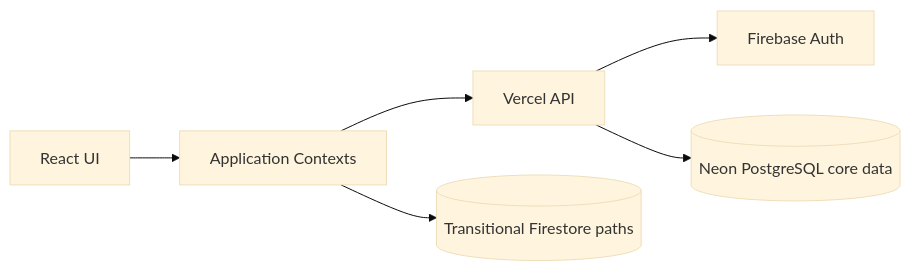
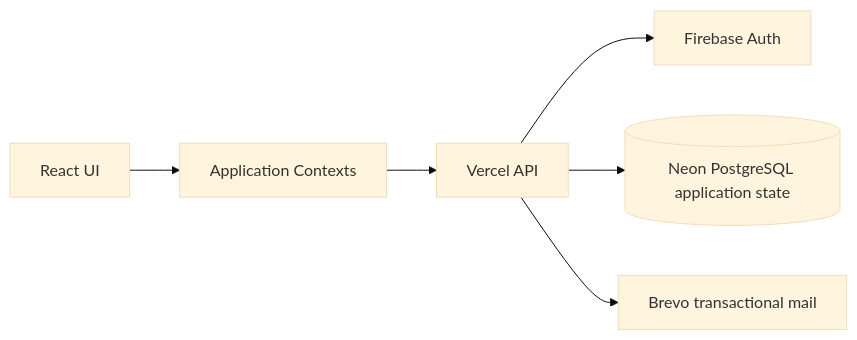
The diagram in docs/architecture/SYSTEM_OVERVIEW.md (dopaminedungeon/dopamine-dungeon), drawn with Mermaid (base theme) before and after one commit. The commit also changed other lines of this file and 25 other files, not shown here.

````diff
--- a/docs/architecture/SYSTEM_OVERVIEW.md
+++ b/docs/architecture/SYSTEM_OVERVIEW.md
@@ -32,15 +32,15 @@
 ```mermaid
 flowchart LR
     UI[React UI]
     CTX[Application Contexts]
     API[Vercel API]
     AUTH[Firebase Auth]
-    CORE[(Neon PostgreSQL core data)]
-    TRANS[(Transitional Firestore paths)]
+    CORE[(Neon PostgreSQL application state)]
+    MAIL[Brevo transactional mail]
 
     UI --> CTX
     CTX --> API
     API --> AUTH
     API --> CORE
-    CTX --> TRANS
+    API --> MAIL
 ```
````
